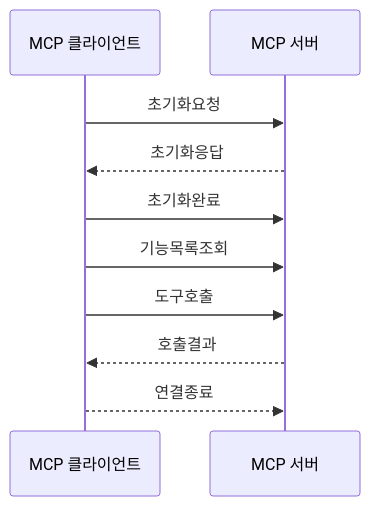
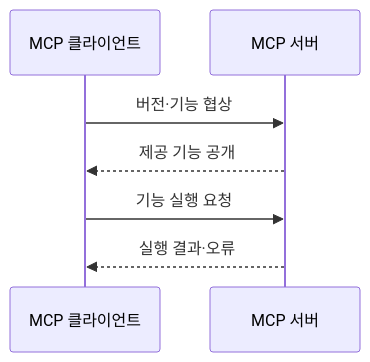
Before and after one commit to agnusdei1207/knowledge-base: the second of 2 diagrams in src/content/docs/notes/08-latest-tech/006_model_context_protocol.md, drawn with Mermaid. The commit also changed other lines of this file and 9 other files, not shown here.

````diff
--- a/src/content/docs/notes/08-latest-tech/006_model_context_protocol.md
+++ b/src/content/docs/notes/08-latest-tech/006_model_context_protocol.md
@@ -84,12 +84,9 @@
 ```mermaid
 sequenceDiagram
     participant C as MCP 클라이언트
     participant S as MCP 서버
-    C->>S: 초기화요청
-    S-->>C: 초기화응답
-    C->>S: 초기화완료
-    C->>S: 기능목록조회
-    C->>S: 도구호출
-    S-->>C: 호출결과
-    C-->>S: 연결종료
+    C->>S: 버전·기능 협상
+    S-->>C: 제공 기능 공개
+    C->>S: 기능 실행 요청
+    S-->>C: 실행 결과·오류
 ```
````
